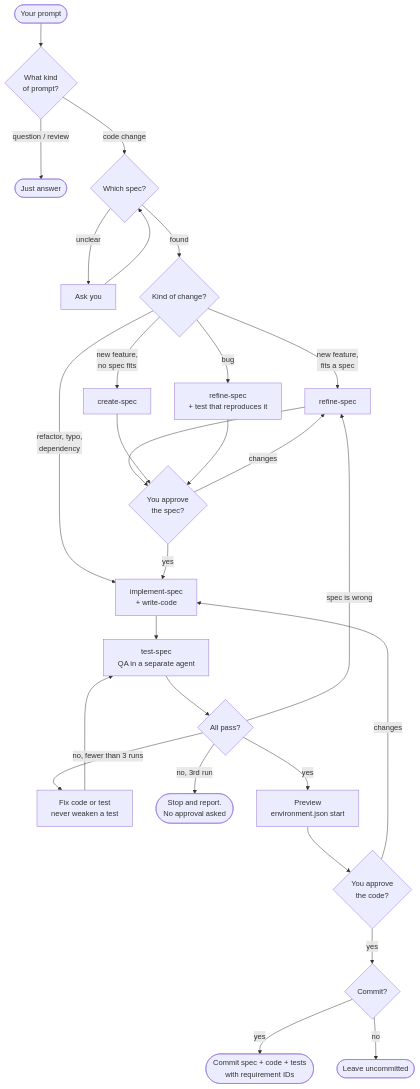
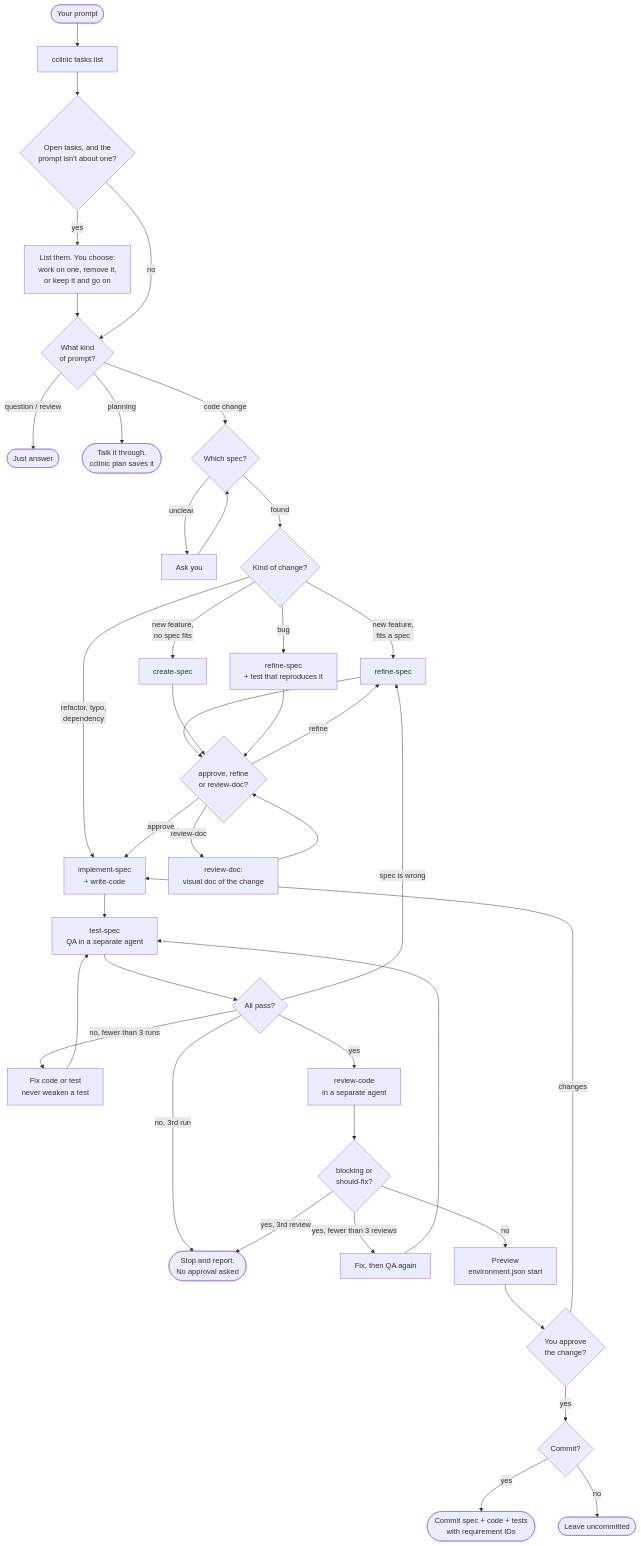
One commit to Hayko97/cclinic changed the second of 6 diagrams in DEVELOPMENT_FLOW.md. Above: the diagram before and after it, drawn with Mermaid. The commit also changed other lines of this file and 5 other files, not shown here.

Commit message:
docs: rewrite the readme and flow guides, and add the gui flow

````diff
--- a/DEVELOPMENT_FLOW.md
+++ b/DEVELOPMENT_FLOW.md
@@ -29,32 +30,41 @@
 ```mermaid
 flowchart TD
-    P([Your prompt]) --> Q{What kind<br/>of prompt?}
+    P([Your prompt]) --> T0[cclinic tasks list]
+    T0 --> TQ{Open tasks, and the<br/>prompt isn't about one?}
+    TQ -- yes --> TA[List them. You choose:<br/>work on one, remove it,<br/>or keep it and go on] --> Q
+    TQ -- no --> Q{What kind<br/>of prompt?}
     Q -- question / review --> A([Just answer])
+    Q -- planning --> PL([Talk it through.<br/>cclinic plan saves it])
     Q -- code change --> W{Which spec?}
     W -- unclear --> Ask[Ask you] --> W
     W -- found --> K{Kind of change?}
 
     K -- new feature,<br/>fits a spec --> RS[refine-spec]
     K -- new feature,<br/>no spec fits --> CS[create-spec]
     K -- bug --> RSB[refine-spec<br/>+ test that reproduces it]
     K -- refactor, typo,<br/>dependency --> IMP
 
     RS --> SA
     CS --> SA
     RSB --> SA
-    SA{You approve<br/>the spec?}
-    SA -- changes --> RS
-    SA -- yes --> IMP[implement-spec<br/>+ write-code]
+    SA{approve, refine<br/>or review-doc?}
+    SA -- refine --> RS
+    SA -- review-doc --> RD[review-doc:<br/>visual doc of the change] --> SA
+    SA -- approve --> IMP[implement-spec<br/>+ write-code]
 
     IMP --> QA[test-spec<br/>QA in a separate agent]
     QA --> QR{All pass?}
     QR -- no, fewer than 3 runs --> FIX[Fix code or test<br/>never weaken a test] --> QA
     QR -- spec is wrong --> RS
     QR -- no, 3rd run --> STOP([Stop and report.<br/>No approval asked])
-    QR -- yes --> PV[Preview<br/>environment.json start]
-    PV --> CA{You approve<br/>the code?}
+    QR -- yes --> CR[review-code<br/>in a separate agent]
+    CR --> CRR{blocking or<br/>should-fix?}
+    CRR -- yes, fewer than 3 reviews --> FIX2[Fix, then QA again] --> QA
+    CRR -- yes, 3rd review --> STOP
+    CRR -- no --> PV[Preview<br/>environment.json start]
+    PV --> CA{You approve<br/>the change?}
     CA -- changes --> IMP
     CA -- yes --> CM{Commit?}
     CM -- yes --> C([Commit spec + code + tests<br/>with requirement IDs])
     CM -- no --> L([Leave uncommitted])
 ```
````
